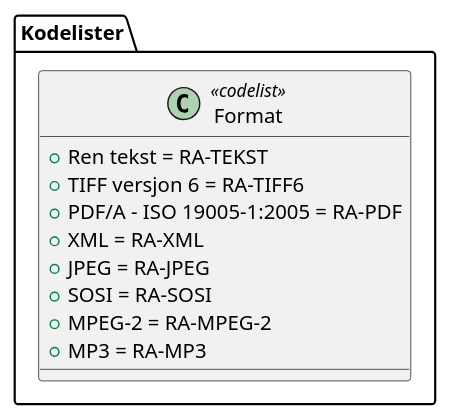
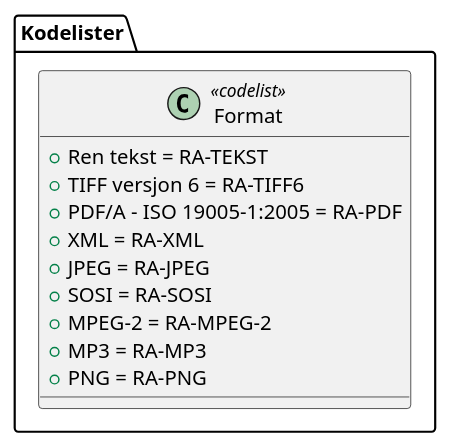
One commit to arkivverket/noark5-tjenestegrensesnitt-standard changed the diagram in media/uml-codelist-format.iuml. Above: the diagram before and after it, drawn with PlantUML. The commit also changed 5 other files, not shown here.

First line of the commit message:
Generate PlantUML include files from chapter 7 using text2uml.

```diff
--- a/media/uml-codelist-format.iuml
+++ b/media/uml-codelist-format.iuml
@@ -1,12 +1,13 @@
 @startuml
 class Kodelister.Format <<codelist>> {
   +Ren tekst = RA-TEKST
   +TIFF versjon 6 = RA-TIFF6
   +PDF/A - ISO 19005-1:2005 = RA-PDF
   +XML = RA-XML
   +JPEG = RA-JPEG
   +SOSI = RA-SOSI
   +MPEG-2 = RA-MPEG-2
   +MP3 = RA-MP3
+  +PNG = RA-PNG
 }
 @enduml
```
